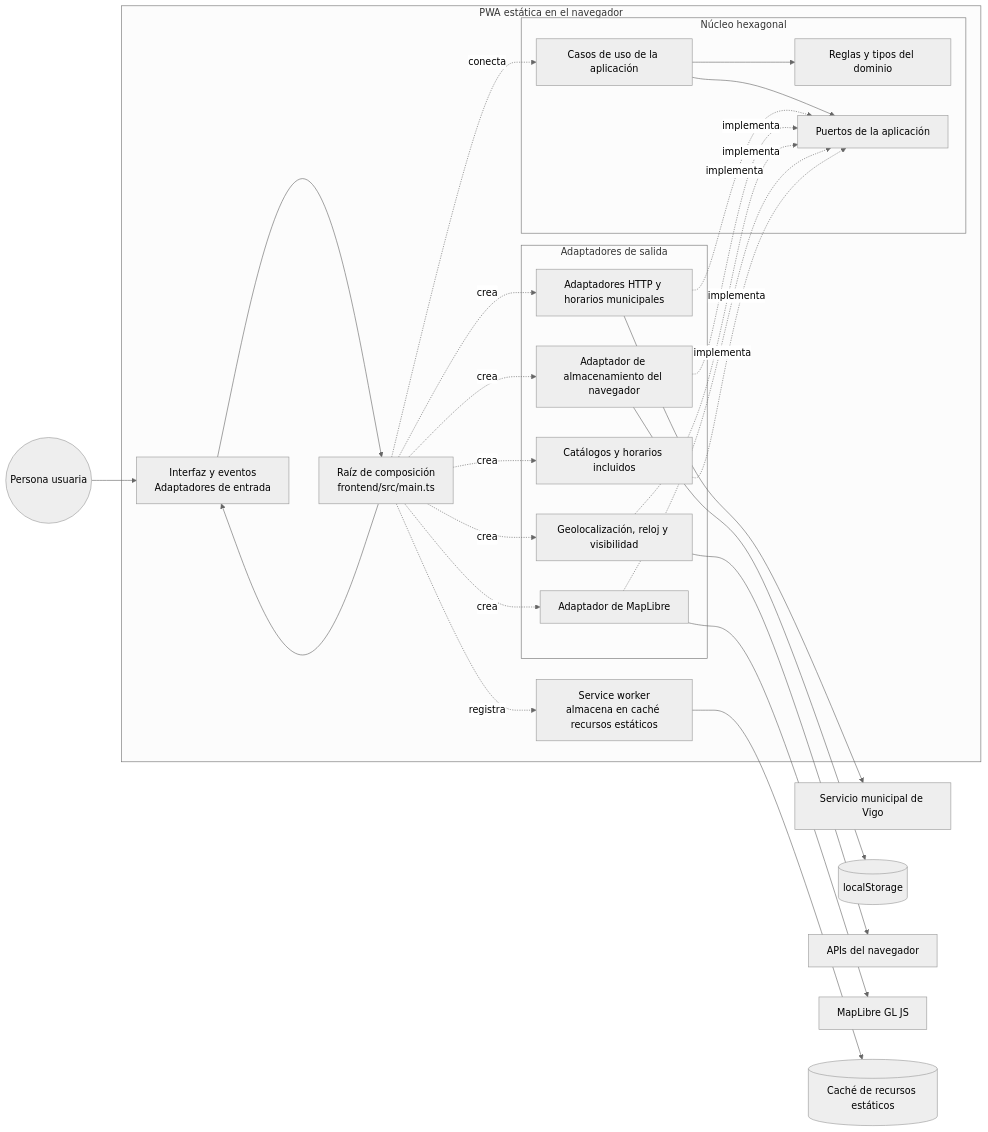
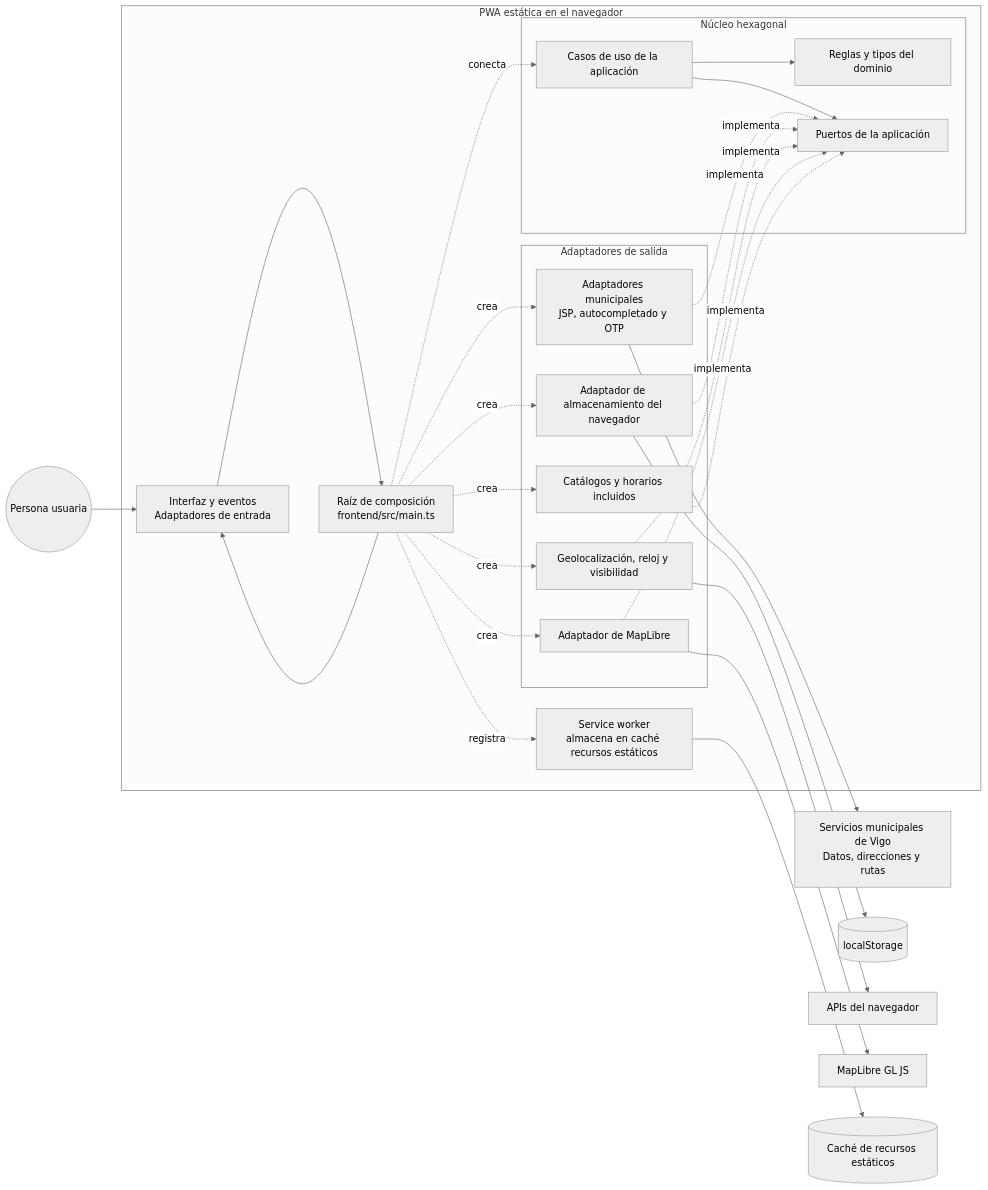
The diagram in README.md (jorgebg90/vigo-bus-navigator), drawn with Mermaid (neutral theme) before and after one commit. The commit also changed other lines of this file and 66 other files, not shown here.

````diff
--- a/README.md
+++ b/README.md
@@ -31,49 +33,49 @@
 ```mermaid
 flowchart LR
   visitor((Persona usuaria))
 
   subgraph pwa["PWA estática en el navegador"]
     ui["Interfaz y eventos<br/>Adaptadores de entrada"]
     root["Raíz de composición<br/>frontend/src/main.ts"]
 
     subgraph core["Núcleo hexagonal"]
       usecases["Casos de uso de la aplicación"]
       domain["Reglas y tipos del dominio"]
       ports["Puertos de la aplicación"]
       usecases --> domain
       usecases --> ports
     end
 
     subgraph adapters["Adaptadores de salida"]
-      municipal["Adaptadores HTTP y horarios municipales"]
+      municipal["Adaptadores municipales<br/>JSP, autocompletado y OTP"]
       storage["Adaptador de almacenamiento del navegador"]
       system["Geolocalización, reloj y visibilidad"]
       map["Adaptador de MapLibre"]
       bundled["Catálogos y horarios incluidos"]
     end
 
     worker["Service worker<br/>almacena en caché recursos estáticos"]
   end
 
   visitor --> ui
   ui --> root
   root --> ui
   root -. conecta .-> usecases
   root -. crea .-> municipal
   root -. crea .-> storage
   root -. crea .-> system
   root -. crea .-> map
   root -. crea .-> bundled
   root -. registra .-> worker
 
   municipal -. implementa .-> ports
   storage -. implementa .-> ports
   system -. implementa .-> ports
   map -. implementa .-> ports
   bundled -. implementa .-> ports
-  municipal --> municipalService["Servicio municipal de Vigo"]
+  municipal --> municipalService["Servicios municipales de Vigo<br/>Datos, direcciones y rutas"]
   storage --> localStorage[(localStorage)]
   system --> browserApi["APIs del navegador"]
   map --> maplibre["MapLibre GL JS"]
   worker --> staticCache[(Caché de recursos estáticos)]
 ```
````
